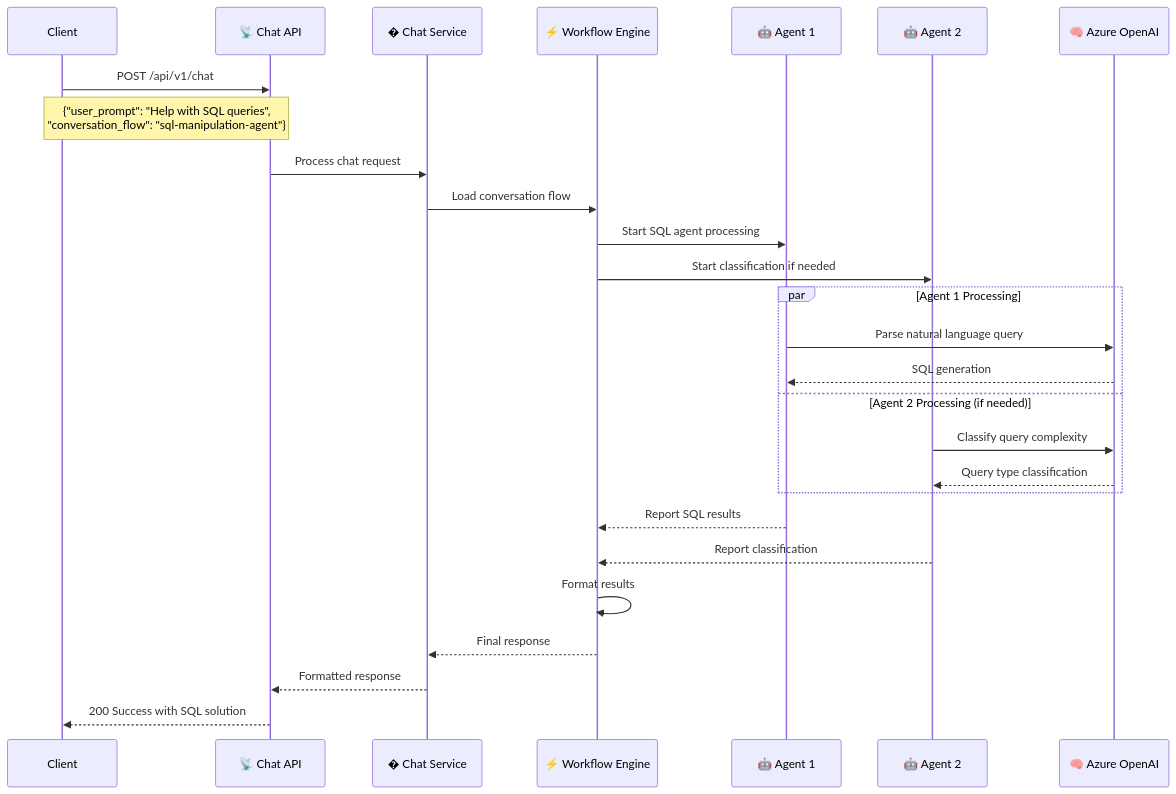
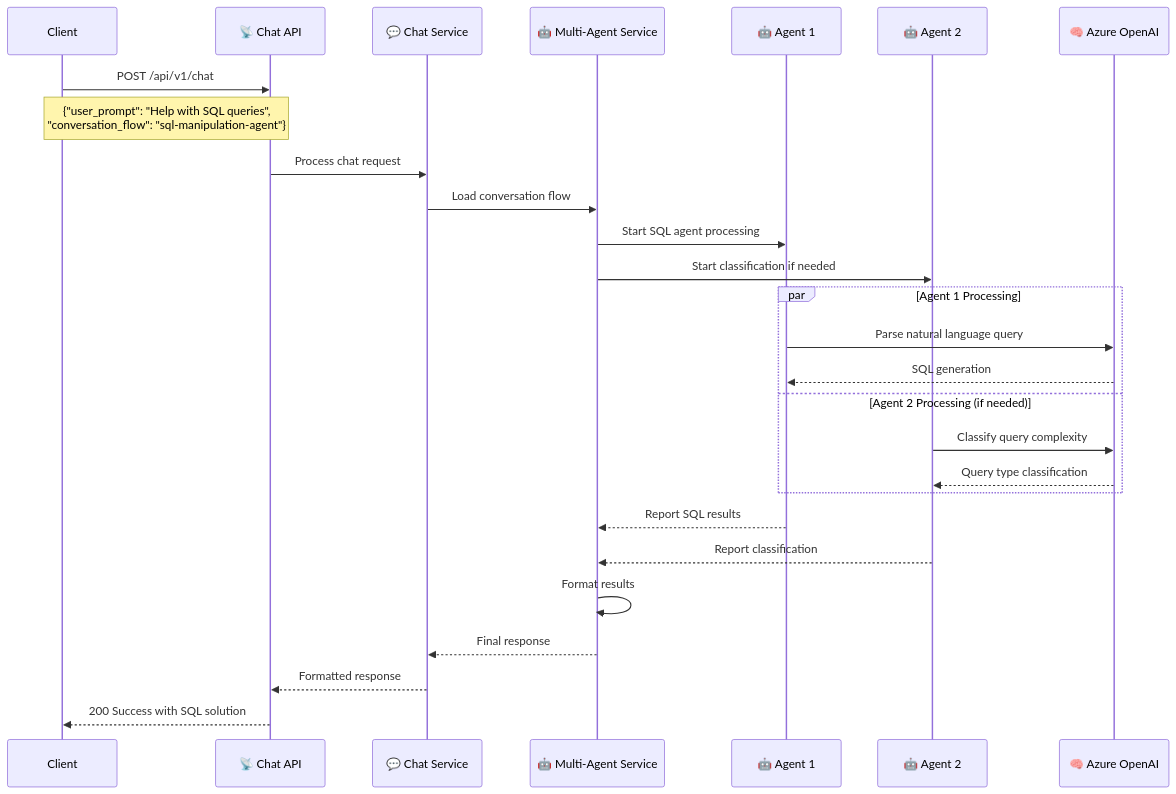
Before and after one commit to the-ingenious-dark-knight/Insight_Ingenious: the fifth of 6 diagrams in docs/api/README.md, drawn with Mermaid. The commit also changed other lines of this file and 3 other files, not shown here.

Commit message:
fix: Update API documentation to include new conversation and diagnostic APIs, and improve workflow examples

````diff
--- a/docs/api/README.md
+++ b/docs/api/README.md
@@ -212,35 +209,35 @@
 ```mermaid
 sequenceDiagram
     participant Client
     participant API as 📡 Chat API
-    participant ChatService as � Chat Service
-    participant WorkflowEngine as ⚡ Workflow Engine
+    participant ChatService as 💬 Chat Service
+    participant MultiAgentService as 🤖 Multi-Agent Service
     participant Agent1 as 🤖 Agent 1
     participant Agent2 as 🤖 Agent 2
     participant LLM as 🧠 Azure OpenAI
 
     Client->>API: POST /api/v1/chat
     Note over Client,API: {"user_prompt": "Help with SQL queries",<br/>"conversation_flow": "sql-manipulation-agent"}
 
     API->>ChatService: Process chat request
-    ChatService->>WorkflowEngine: Load conversation flow
+    ChatService->>MultiAgentService: Load conversation flow
 
-    WorkflowEngine->>Agent1: Start SQL agent processing
-    WorkflowEngine->>Agent2: Start classification if needed
+    MultiAgentService->>Agent1: Start SQL agent processing
+    MultiAgentService->>Agent2: Start classification if needed
 
     par Agent 1 Processing
         Agent1->>LLM: Parse natural language query
         LLM-->>Agent1: SQL generation
     and Agent 2 Processing (if needed)
         Agent2->>LLM: Classify query complexity
         LLM-->>Agent2: Query type classification
     end
 
-    Agent1-->>WorkflowEngine: Report SQL results
-    Agent2-->>WorkflowEngine: Report classification
+    Agent1-->>MultiAgentService: Report SQL results
+    Agent2-->>MultiAgentService: Report classification
 
-    WorkflowEngine->>WorkflowEngine: Format results
-    WorkflowEngine-->>ChatService: Final response
+    MultiAgentService->>MultiAgentService: Format results
+    MultiAgentService-->>ChatService: Final response
     ChatService-->>API: Formatted response
     API-->>Client: 200 Success with SQL solution
 ```
````
